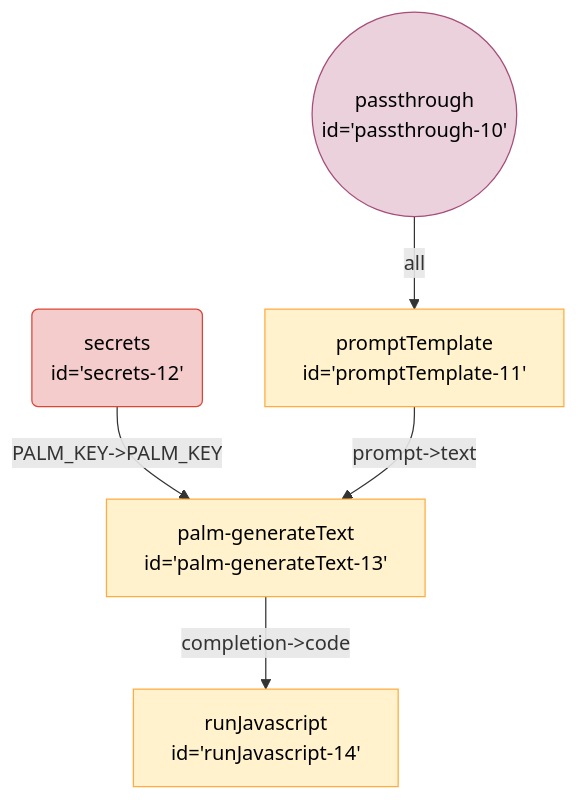
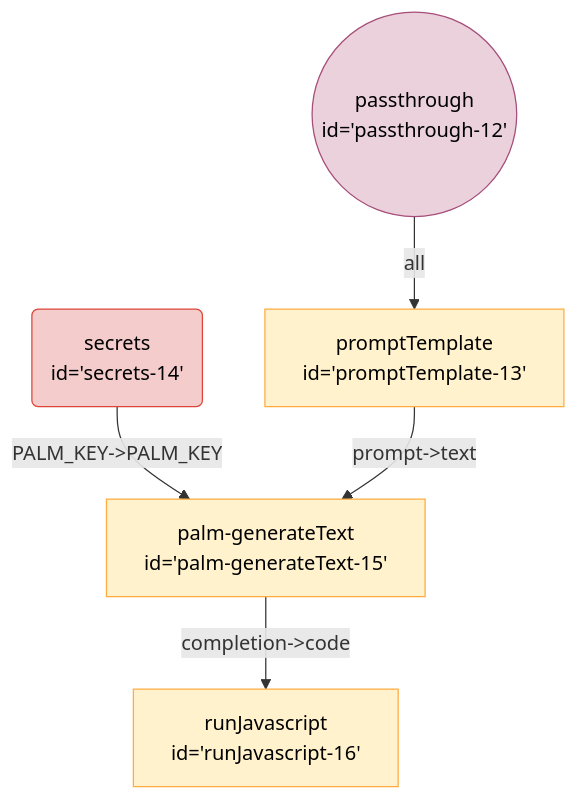
Before and after one commit to breadboard-ai/breadboard: the diagram in seeds/breadboard-web/docs/graphs/new/math-inline-chain.md, drawn with Mermaid. The commit also changed 19 other files, not shown here.

````diff
--- a/seeds/breadboard-web/docs/graphs/new/math-inline-chain.md
+++ b/seeds/breadboard-web/docs/graphs/new/math-inline-chain.md
@@ -3,16 +3,16 @@
 ```mermaid
 %%{init: 'themeVariables': { 'fontFamily': 'Fira Code, monospace' }}%%
 graph TD;
-palmgenerateText13["palm-generateText <br> id='palm-generateText-13'"] -- "completion->code" --> runJavascript14["runJavascript <br> id='runJavascript-14'"]
-secrets12("secrets <br> id='secrets-12'"):::secrets -- "PALM_KEY->PALM_KEY" --> palmgenerateText13["palm-generateText <br> id='palm-generateText-13'"]
-promptTemplate11["promptTemplate <br> id='promptTemplate-11'"] -- "prompt->text" --> palmgenerateText13["palm-generateText <br> id='palm-generateText-13'"]
-passthrough10(("passthrough <br> id='passthrough-10'")):::passthrough -- all --> promptTemplate11["promptTemplate <br> id='promptTemplate-11'"]
+palmgenerateText15["palm-generateText <br> id='palm-generateText-15'"] -- "completion->code" --> runJavascript16["runJavascript <br> id='runJavascript-16'"]
+secrets14("secrets <br> id='secrets-14'"):::secrets -- "PALM_KEY->PALM_KEY" --> palmgenerateText15["palm-generateText <br> id='palm-generateText-15'"]
+promptTemplate13["promptTemplate <br> id='promptTemplate-13'"] -- "prompt->text" --> palmgenerateText15["palm-generateText <br> id='palm-generateText-15'"]
+passthrough12(("passthrough <br> id='passthrough-12'")):::passthrough -- all --> promptTemplate13["promptTemplate <br> id='promptTemplate-13'"]
 classDef default stroke:#ffab40,fill:#fff2ccff,color:#000
 classDef input stroke:#3c78d8,fill:#c9daf8ff,color:#000
 classDef output stroke:#38761d,fill:#b6d7a8ff,color:#000
 classDef passthrough stroke:#a64d79,fill:#ead1dcff,color:#000
 classDef slot stroke:#a64d79,fill:#ead1dcff,color:#000
 classDef config stroke:#a64d79,fill:#ead1dcff,color:#000
 classDef secrets stroke:#db4437,fill:#f4cccc,color:#000
 classDef slotted stroke:#a64d79
 ```
````
